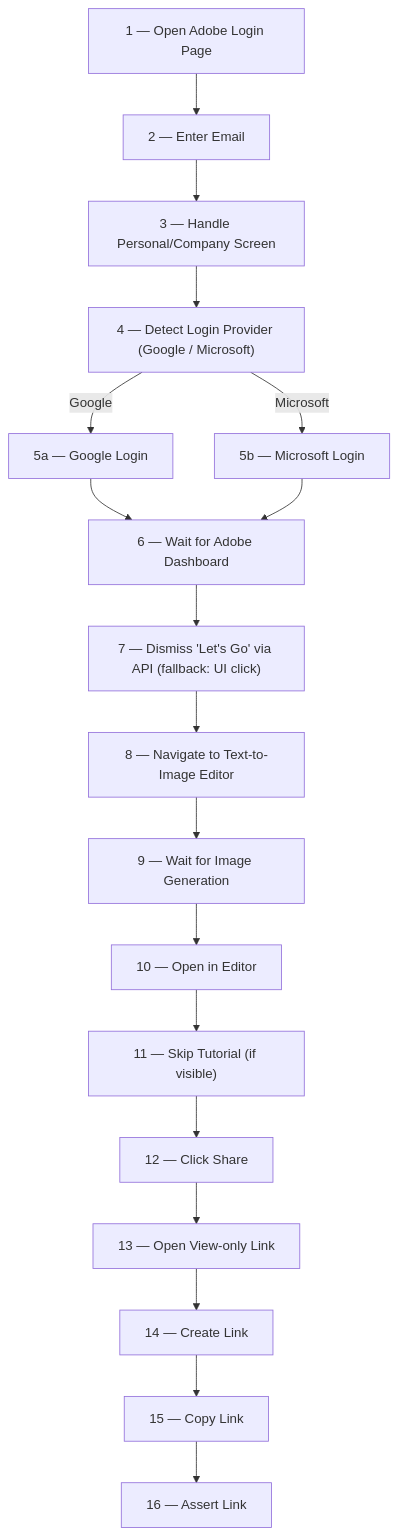
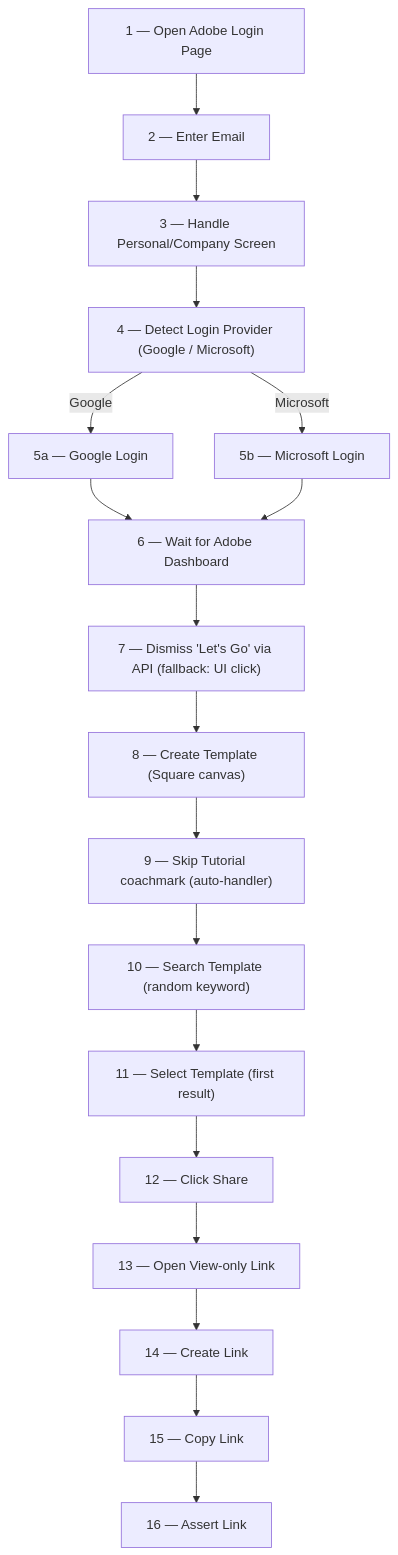
One commit to vishal-007code/Adobe-Typescript changed the first of 5 diagrams in docs/source_of_truth.md. Above: the diagram before and after it, drawn with Mermaid. The commit also changed other lines of this file and 1 other file, not shown here.

First line of the commit message:
docs: update flow docs to match template-to-share path

````diff
--- a/docs/source_of_truth.md
+++ b/docs/source_of_truth.md
@@ -24,20 +28,20 @@
 ```mermaid
 flowchart TD
     A["1 — Open Adobe Login Page"] --> B["2 — Enter Email"]
     B --> C["3 — Handle Personal/Company Screen"]
     C --> D["4 — Detect Login Provider (Google / Microsoft)"]
     D -->|Google| E["5a — Google Login"]
     D -->|Microsoft| F["5b — Microsoft Login"]
     E --> G["6 — Wait for Adobe Dashboard"]
     F --> G
     G --> H["7 — Dismiss 'Let's Go' via API (fallback: UI click)"]
-    H --> I["8 — Navigate to Text-to-Image Editor"]
-    I --> J["9 — Wait for Image Generation"]
-    J --> K["10 — Open in Editor"]
-    K --> L["11 — Skip Tutorial (if visible)"]
+    H --> I["8 — Create Template (Square canvas)"]
+    I --> J["9 — Skip Tutorial coachmark (auto-handler)"]
+    J --> K["10 — Search Template (random keyword)"]
+    K --> L["11 — Select Template (first result)"]
     L --> M["12 — Click Share"]
     M --> N["13 — Open View-only Link"]
     N --> O["14 — Create Link"]
     O --> P["15 — Copy Link"]
     P --> Q["16 — Assert Link"]
 ```
````
